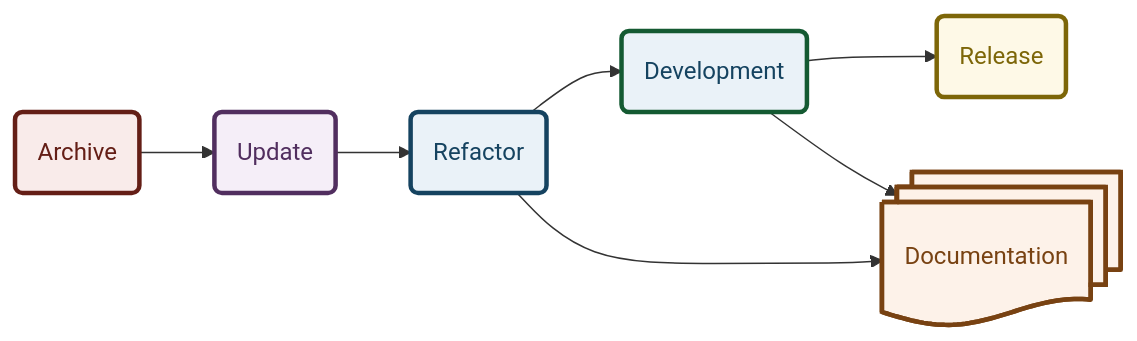
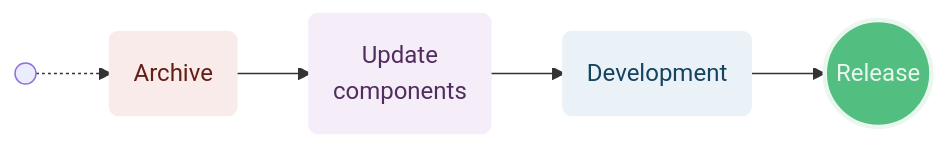
Before and after one commit to spectrum-health-systems/tingen-documentation: the first of 8 diagrams in Development/Workflows/workflows.md, drawn with Mermaid. The commit also changed other lines of this file, not shown here.

````diff
--- a/Development/Workflows/workflows.md
+++ b/Development/Workflows/workflows.md
@@ -23,26 +17,22 @@
 ```mermaid
 flowchart LR
   %% Components
+  Start@{shape: sm-circ, label: "Start the workflow\n[sm-circ]"}
   Archive@{shape: rounded, label: "Archive"}
-  Update@{shape: rounded, label: "Update"}
-  Refactor@{shape: rounded, label: "Refactor"}
+  UpdateComponents@{shape: rounded, label: "Update\ncomponents"}
   Development@{shape: rounded, label: "Development"}
-  Documentation@{shape: docs, label: "Documentation"}
-  Release@{shape: rounded, label: "Release"}
+  Release@{shape: circ, label: "Release"}
   %% Layout
-  Archive:::R5_ --> Update:::P5_ --> Refactor:::U5_ --> Development:::G5_ --> Release:::Y5_
-  Refactor --> Documentation:::E5_
-  Development --> Documentation
-  %% -- Refactor:::S02 & Development:::S03 --> Documentation:::S05
+  Start -.->Archive:::R0_ --> UpdateComponents:::P0_ --> Development:::U0_ --> Release:::G2_
+
   %% Styles
-  classDef R5_ stroke:#641e16,stroke-width:3px,fill:#f9ebea,color:#641e16
-  classDef P5_ stroke:#512e5f,stroke-width:3px,fill:#f5eef8,color:#512e5f
-  classDef U5_ stroke:#154360,stroke-width:3px,fill:#eaf2f8,color:#154360
-  classDef G5_ stroke:#145a32,stroke-width:3px,fill:#eaf2f8,color:#154360
+  classDef R0_ stroke:#f9ebea,stroke-width:3px,fill:#f9ebea,color:#641e16
+  classDef P0_ stroke:#f5eef8,stroke-width:3px,fill:#f5eef8,color:#512e5f
+  classDef U0_ stroke:#eaf2f8,stroke-width:3px,fill:#eaf2f8,color:#154360
+  classDef G2_ stroke:#e9f7ef,stroke-width:3px,fill:#52be80,color:#e9f7ef
   classDef Y5_ stroke:#7d6608,stroke-width:3px,fill:#fef9e7,color:#7d6608
   classDef E5_ stroke:#784212,stroke-width:3px,fill:#fdf2e9,color:#784212
   %% Styles - Global
   classDef Hidden display: none;
 
-
 ```
````
